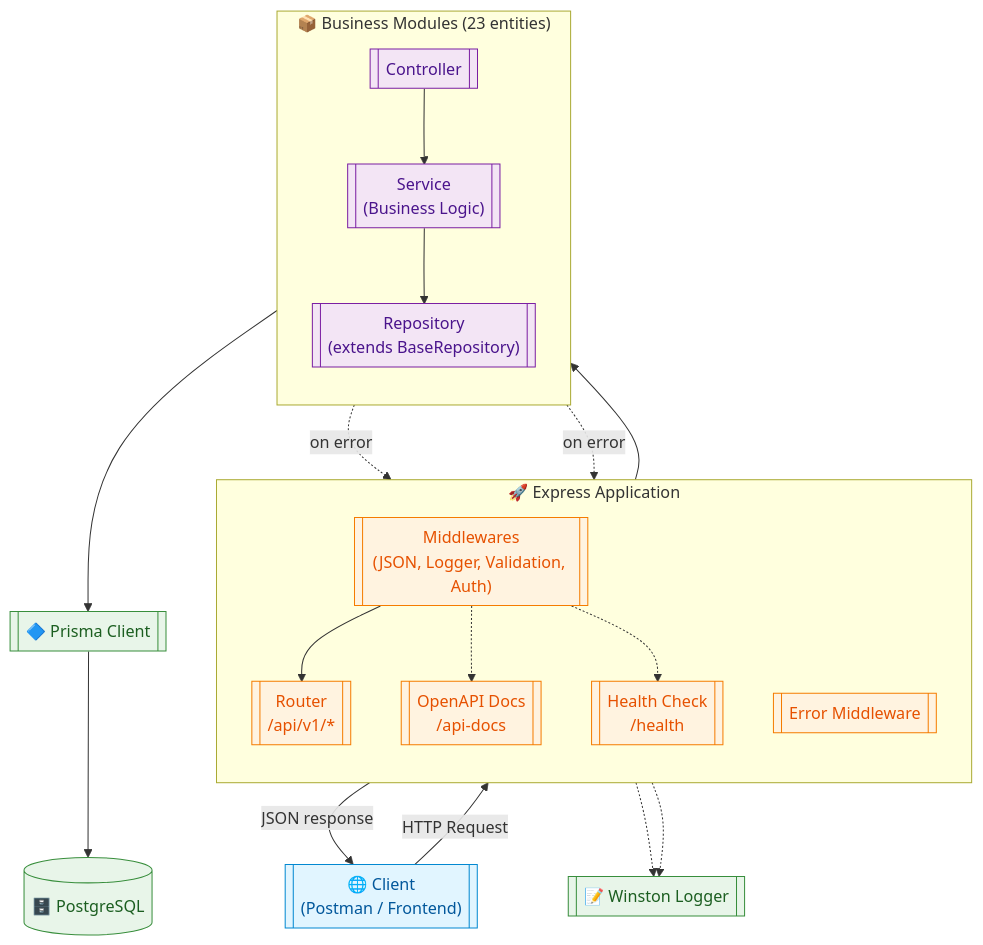
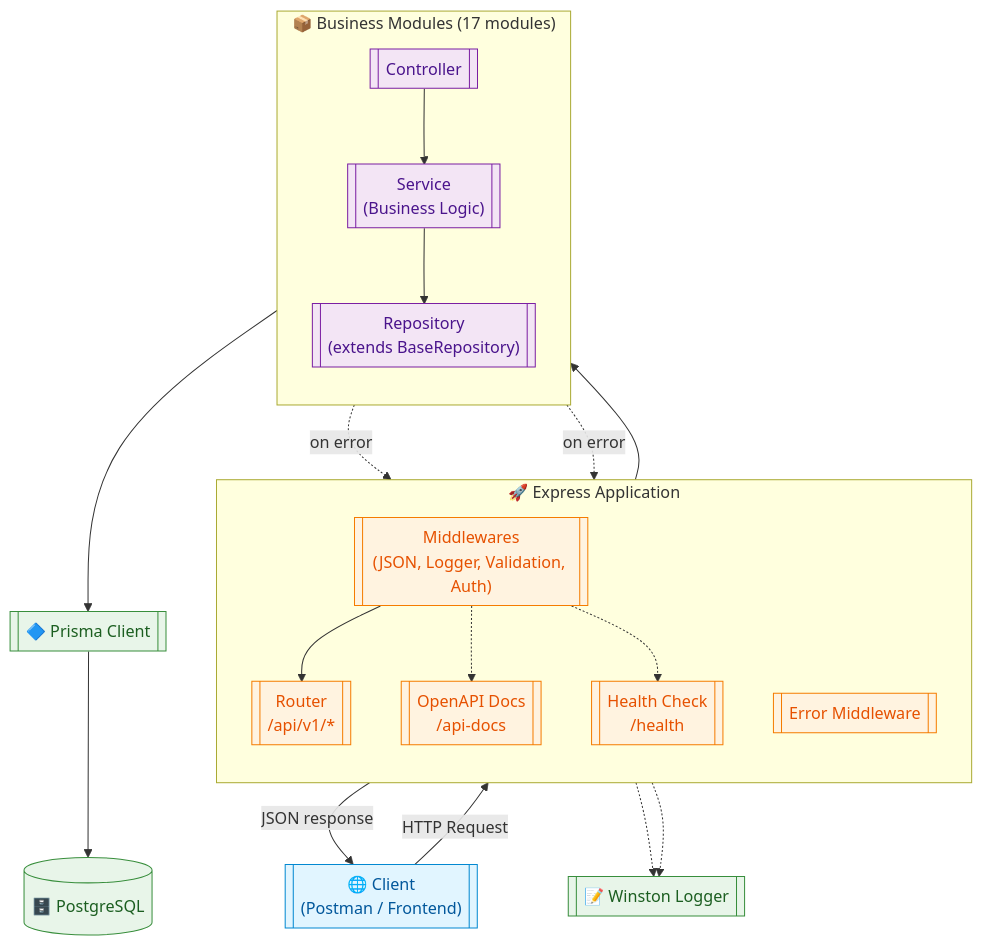
One commit to Foodlify/Group-2-Team-1 changed the first of 8 diagrams in docs/ARCHITECTURE.md. Above: the diagram before and after it, drawn with Mermaid. The commit also changed other lines of this file and 4 other files, not shown here.

````diff
--- a/docs/ARCHITECTURE.md
+++ b/docs/ARCHITECTURE.md
@@ -30,51 +30,51 @@
 ```mermaid
 graph TB
     Client[["🌐 Client<br/>(Postman / Frontend)"]]
 
     subgraph ExpressApp["🚀 Express Application"]
         direction TB
         MW[["Middlewares<br/>(JSON, Logger, Validation, Auth)"]]
         Router[["Router<br/>/api/v1/*"]]
         Docs[["OpenAPI Docs<br/>/api-docs"]]
         Health[["Health Check<br/>/health"]]
         ErrorMW[["Error Middleware"]]
     end
 
-    subgraph Modules["📦 Business Modules (23 entities)"]
+    subgraph Modules["📦 Business Modules (17 modules)"]
         direction TB
         Ctrl[["Controller"]]
         Svc[["Service<br/>(Business Logic)"]]
         Repo[["Repository<br/>(extends BaseRepository)"]]
     end
 
     Prisma[["🔷 Prisma Client"]]
     DB[("🗄️ PostgreSQL")]
     Logger[["📝 Winston Logger"]]
 
     Client -->|HTTP Request| MW
     MW --> Router
     Router --> Ctrl
     Ctrl --> Svc
     Svc --> Repo
     Repo --> Prisma
     Prisma --> DB
 
     MW -.-> Docs
     MW -.-> Health
     Ctrl -.->|on error| ErrorMW
     Svc -.->|on error| ErrorMW
     ErrorMW -->|JSON response| Client
 
     MW -.-> Logger
     ErrorMW -.-> Logger
 
     classDef client fill:#e1f5ff,stroke:#0288d1,color:#01579b
     classDef express fill:#fff3e0,stroke:#f57c00,color:#e65100
     classDef module fill:#f3e5f5,stroke:#7b1fa2,color:#4a148c
     classDef data fill:#e8f5e9,stroke:#388e3c,color:#1b5e20
 
     class Client client
     class MW,Router,Docs,Health,ErrorMW express
     class Ctrl,Svc,Repo module
     class Prisma,DB,Logger data
 ```
````
